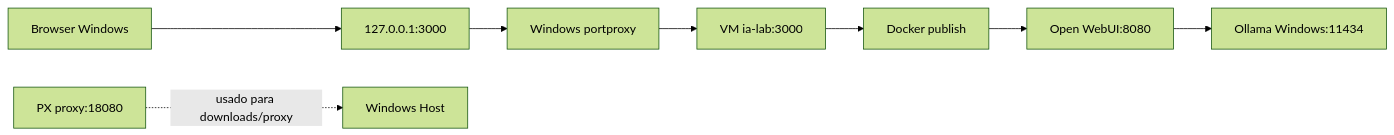
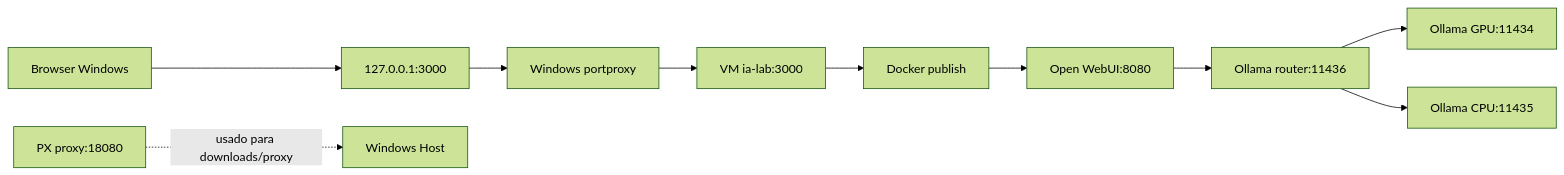
The diagram in docs/diagrams/arquitetura.mmd (marcocanedo/ia_lab), drawn with Mermaid (forest theme) before and after one commit. The commit also changed 93 other files, not shown here.

```diff
--- a/docs/diagrams/arquitetura.mmd
+++ b/docs/diagrams/arquitetura.mmd
@@ -1,8 +1,10 @@
 flowchart LR
     Browser[Browser Windows] --> Local3000[127.0.0.1:3000]
     Local3000 --> Portproxy[Windows portproxy]
     Portproxy --> VM3000[VM ia-lab:3000]
     VM3000 --> Docker[Docker publish]
     Docker --> WebUI[Open WebUI:8080]
-    WebUI --> Ollama[Ollama Windows:11434]
+    WebUI --> Router[Ollama router:11436]
+    Router --> GPU[Ollama GPU:11434]
+    Router --> CPU[Ollama CPU:11435]
     PX[PX proxy:18080] -. usado para downloads/proxy .-> Windows[Windows Host]
```
